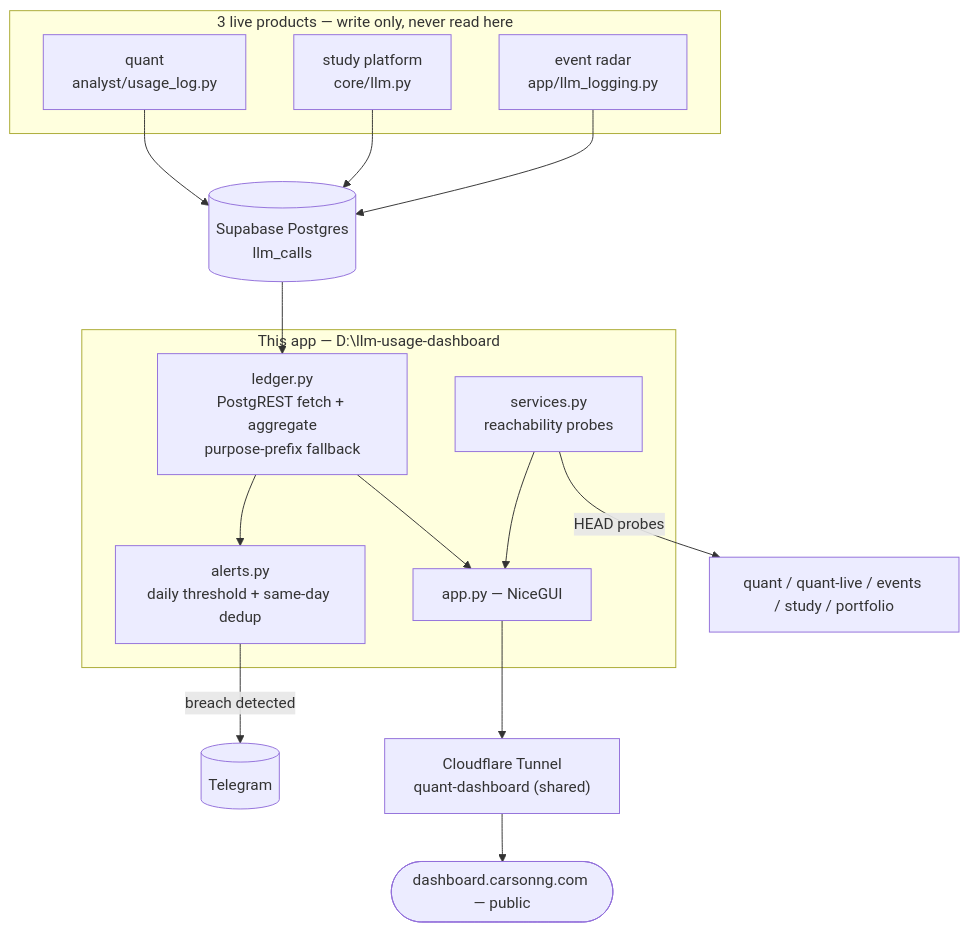
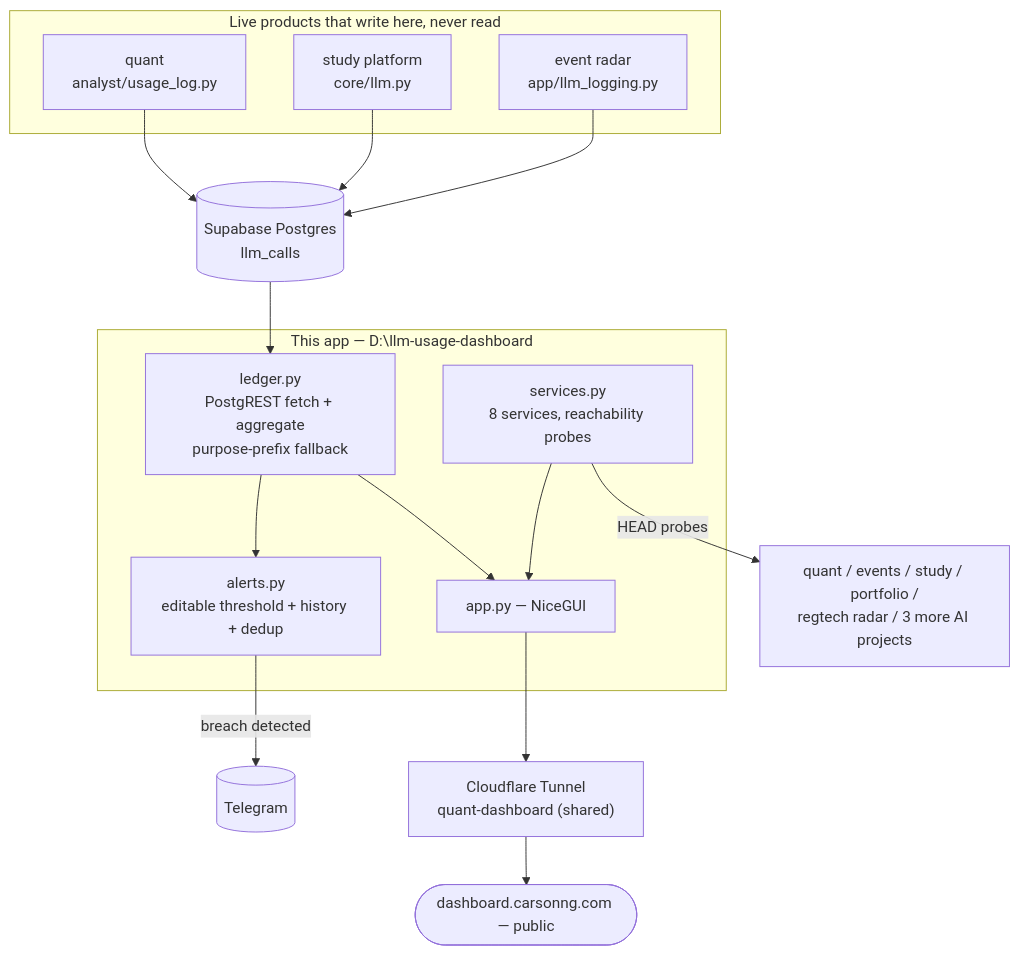
Before and after one commit to CarsonBytes/saas_cost_dashboard: the diagram in README.md, drawn with Mermaid. The commit also changed other lines of this file, not shown here.

````diff
--- a/README.md
+++ b/README.md
@@ -24,32 +28,32 @@
 ```mermaid
 flowchart TD
-    subgraph Writers["3 live products — write only, never read here"]
+    subgraph Writers["Live products that write here, never read"]
         Q["quant<br/>analyst/usage_log.py"]
         S["study platform<br/>core/llm.py"]
         E["event radar<br/>app/llm_logging.py"]
     end
 
     DB[(Supabase Postgres<br/>llm_calls)]
 
     subgraph Hub["This app — D:\llm-usage-dashboard"]
         L["ledger.py<br/>PostgREST fetch + aggregate<br/>purpose-prefix fallback"]
-        A["alerts.py<br/>daily threshold + same-day dedup"]
-        SV["services.py<br/>reachability probes"]
+        A["alerts.py<br/>editable threshold + history + dedup"]
+        SV["services.py<br/>8 services, reachability probes"]
         UI["app.py — NiceGUI"]
     end
 
     TG[("Telegram")]
-    OTHER["quant / quant-live / events / study / portfolio"]
+    OTHER["quant / events / study / portfolio /<br/>regtech radar / 3 more AI projects"]
     CF["Cloudflare Tunnel<br/>quant-dashboard (shared)"]
     PUB(["dashboard.carsonng.com — public"])
 
     Q --> DB
     S --> DB
     E --> DB
     DB --> L --> UI
     L --> A
     A -- "breach detected" --> TG
     SV -- "HEAD probes" --> OTHER
     SV --> UI
     UI --> CF --> PUB
 ```
````
